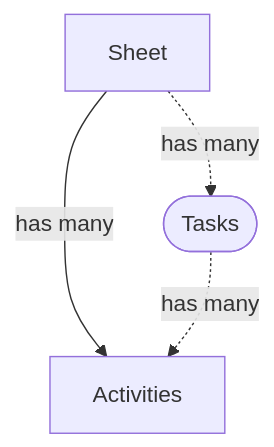
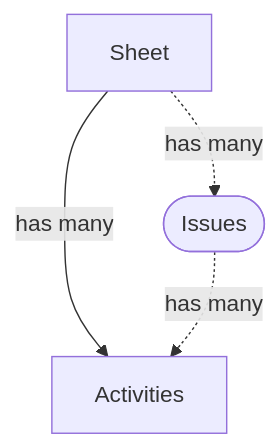
One commit to idenisovs/timesheet changed the diagram in docs/database.md. Above: the diagram before and after it, drawn with Mermaid. The commit also changed other lines of this file and 31 other files, not shown here.

````diff
--- a/docs/database.md
+++ b/docs/database.md
@@ -9,10 +9,10 @@
 ```mermaid
 flowchart TD
   S[Sheet]
-  T([Tasks])
+  I([Issues])
   A[Activities]
   
-  S -.has many.-> T
+  S -.has many.-> I
   S --has many--> A
-  T -.has many.-> A
+  I -.has many.-> A
 ```
````
